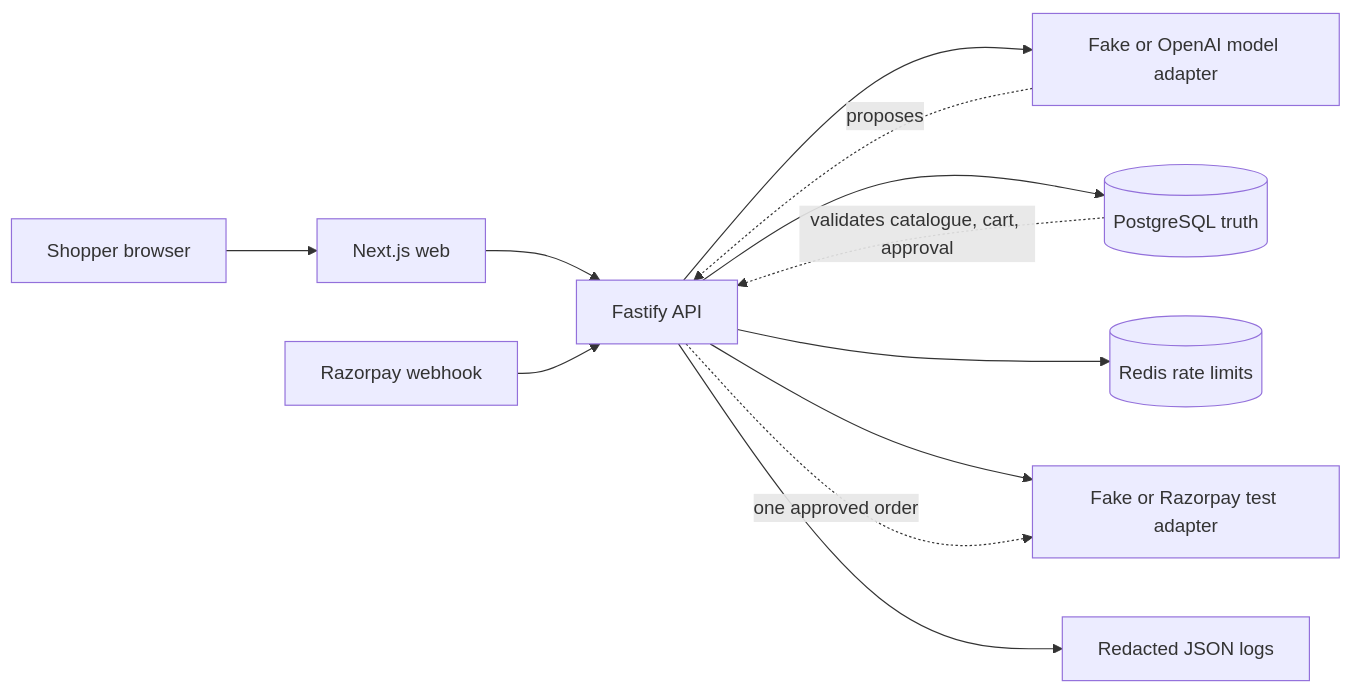
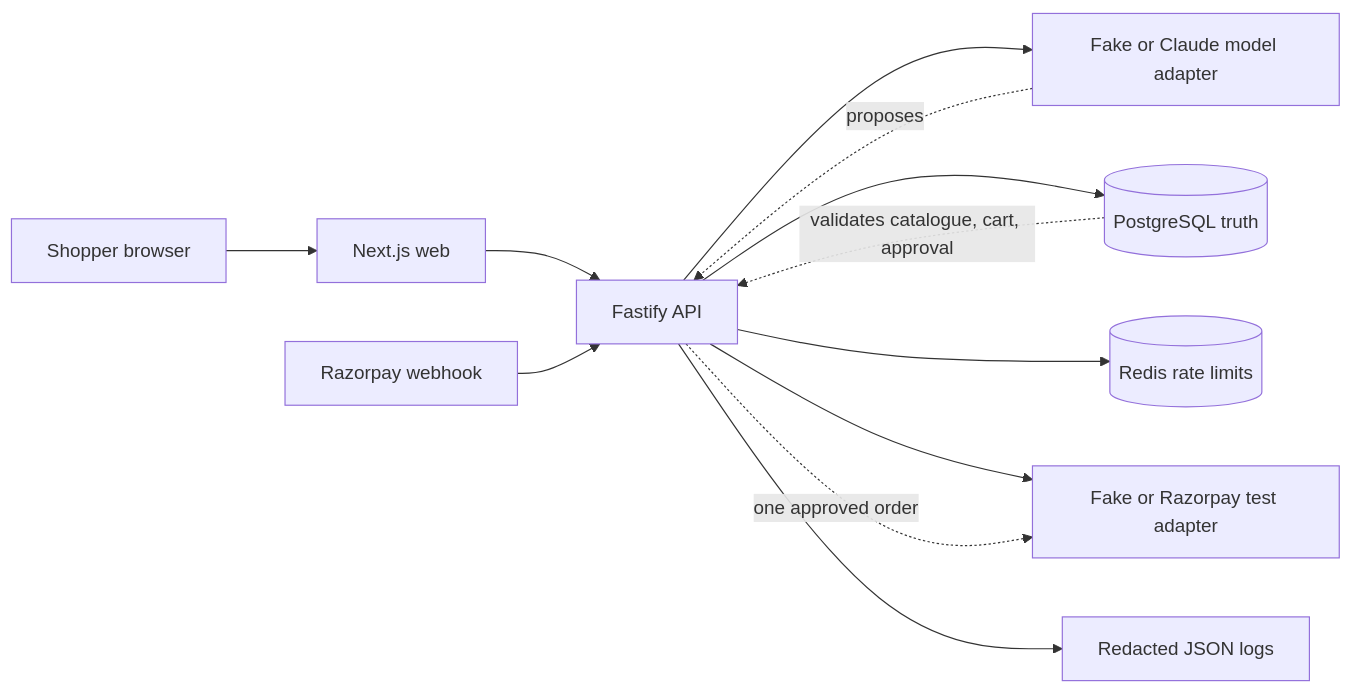
The diagram in README.md (1pizzaslice/shoppilot-agentic-commerce), drawn with Mermaid before and after one commit. The commit also changed other lines of this file and 12 other files, not shown here.

````diff
--- a/README.md
+++ b/README.md
@@ -122,15 +122,15 @@
 ```mermaid
 flowchart LR
   B[Shopper browser] --> W[Next.js web]
   W --> A[Fastify API]
-  A --> M[Fake or OpenAI model adapter]
+  A --> M[Fake or Claude model adapter]
   A --> P[(PostgreSQL truth)]
   A --> R[(Redis rate limits)]
   A --> F[Fake or Razorpay test adapter]
   H[Razorpay webhook] --> A
   A --> L[Redacted JSON logs]
 
   M -. proposes .-> A
   P -. validates catalogue, cart, approval .-> A
   A -. one approved order .-> F
 ```
````
